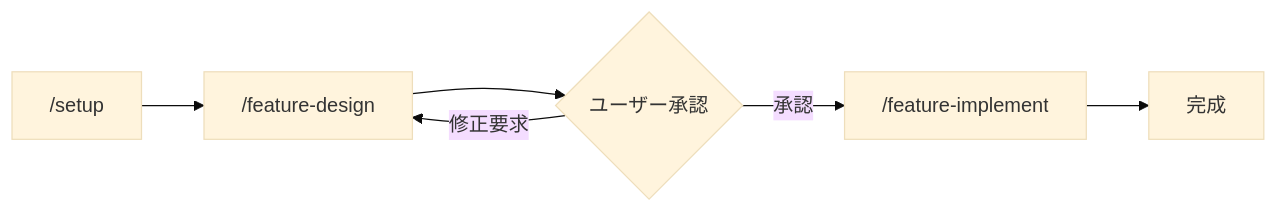
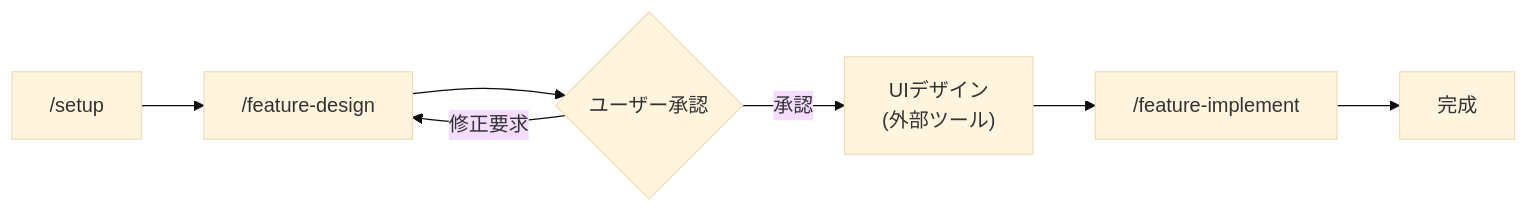
The first of 6 diagrams in README.md (sdaigo/deck), drawn with Mermaid (base theme) before and after one commit. The commit also changed other lines of this file and 3 other files, not shown here.

First line of the commit message:
feat: add UI design phase between feature-design and feature-implement

````diff
--- a/README.md
+++ b/README.md
@@ -7,8 +7,9 @@
 ```mermaid
 flowchart LR
     A["/setup"] --> B["/feature-design"]
     B --> C{ユーザー承認}
-    C -->|承認| D["/feature-implement"]
     C -->|修正要求| B
-    D --> E[完成]
+    C -->|承認| D["UIデザイン<br/>(外部ツール)"]
+    D --> E["/feature-implement"]
+    E --> F[完成]
 ```
````
